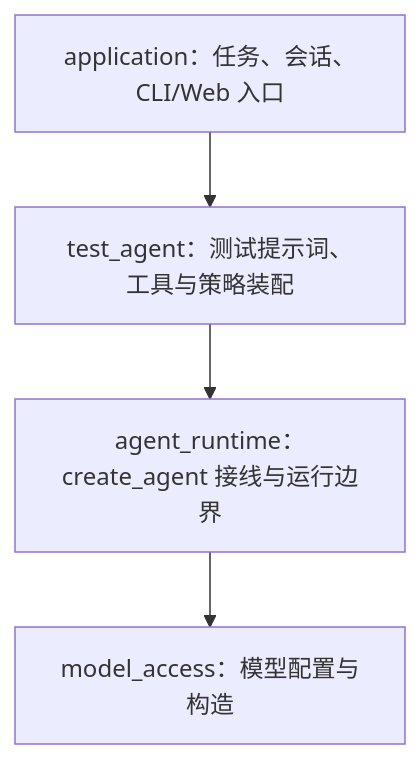
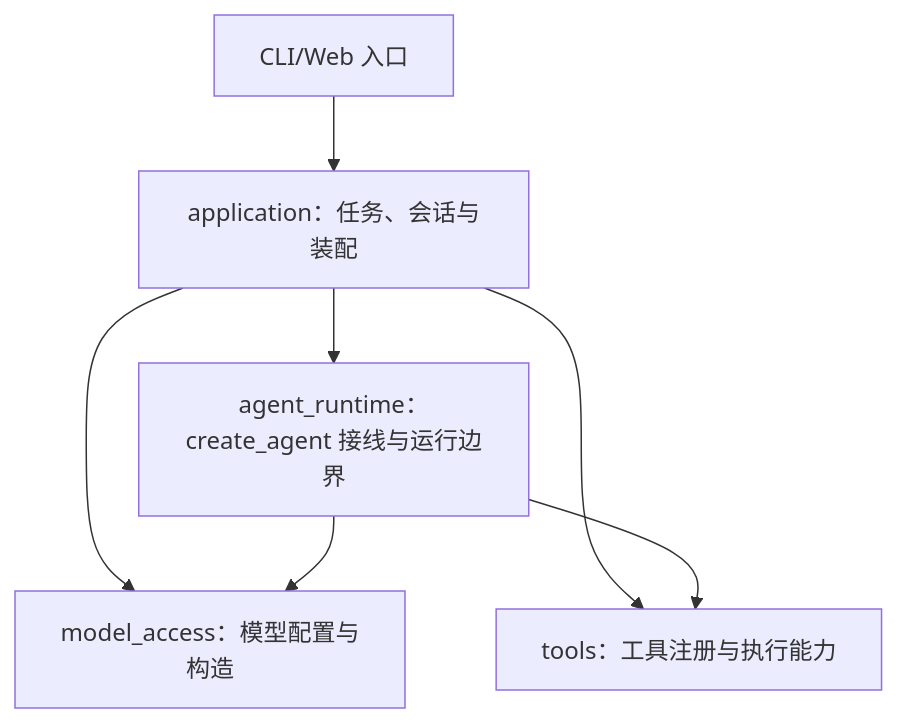
Before and after one commit to tlzmw001/naiyue-test-agent: the diagram in docs/implementation-roadmap.md, drawn with Mermaid. The commit also changed other lines of this file and 340 other files, not shown here.

````diff
--- a/docs/implementation-roadmap.md
+++ b/docs/implementation-roadmap.md
@@ -13,8 +16,9 @@
 ```mermaid
 flowchart TB
-    A[application：任务、会话、CLI/Web 入口]
-    B[test_agent：测试提示词、工具与策略装配]
-    C[agent_runtime：create_agent 接线与运行边界]
-    D[model_access：模型配置与构造]
-    A --> B --> C --> D
+    E[CLI/Web 入口] --> A[application：任务、会话与装配]
+    A --> C[agent_runtime：create_agent 接线与运行边界]
+    A --> D[model_access：模型配置与构造]
+    A --> T[tools：工具注册与执行能力]
+    C --> D
+    C --> T
 ```
````
